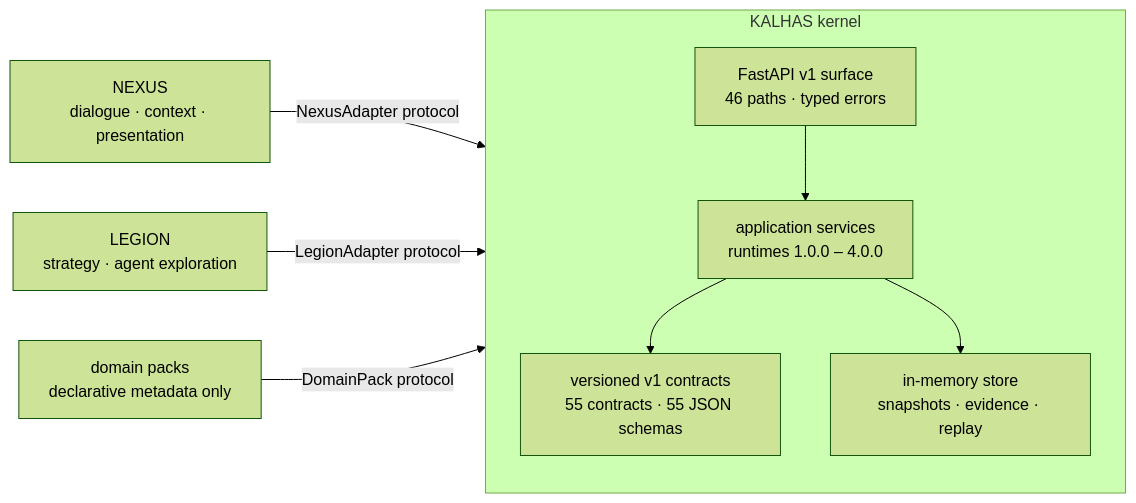
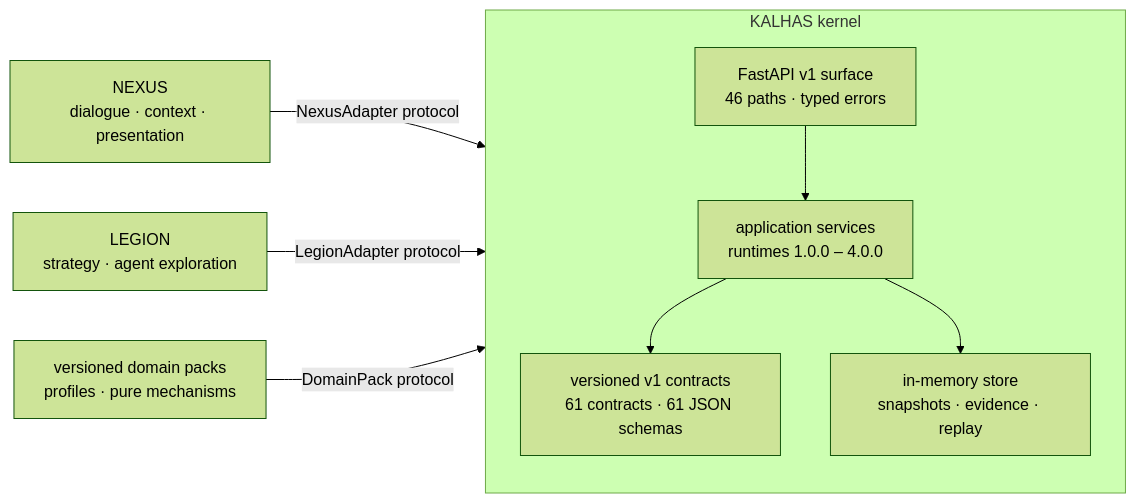
One commit to Encomm-Tensor-Intelligence/Encomm_Kalhas changed the diagram in README.md. Above: the diagram before and after it, drawn with Mermaid (forest theme). The commit also changed other lines of this file and 21 other files, not shown here.

````diff
--- a/README.md
+++ b/README.md
@@ -81,21 +82,21 @@
 ```mermaid
 flowchart LR
     NEXUS["NEXUS<br/>dialogue · context · presentation"]
     LEGION["LEGION<br/>strategy · agent exploration"]
 
     subgraph KALHAS["KALHAS kernel"]
         direction TB
         API["FastAPI v1 surface<br/>46 paths · typed errors"]
         APP["application services<br/>runtimes 1.0.0 – 4.0.0"]
-        CON["versioned v1 contracts<br/>55 contracts · 55 JSON schemas"]
+        CON["versioned v1 contracts<br/>61 contracts · 61 JSON schemas"]
         STORE["in-memory store<br/>snapshots · evidence · replay"]
         API --> APP --> CON
         APP --> STORE
     end
 
-    PACK["domain packs<br/>declarative metadata only"]
+    PACK["versioned domain packs<br/>profiles · pure mechanisms"]
 
     NEXUS -->|NexusAdapter protocol| API
     LEGION -->|LegionAdapter protocol| API
     PACK -->|DomainPack protocol| APP
 ```
````
